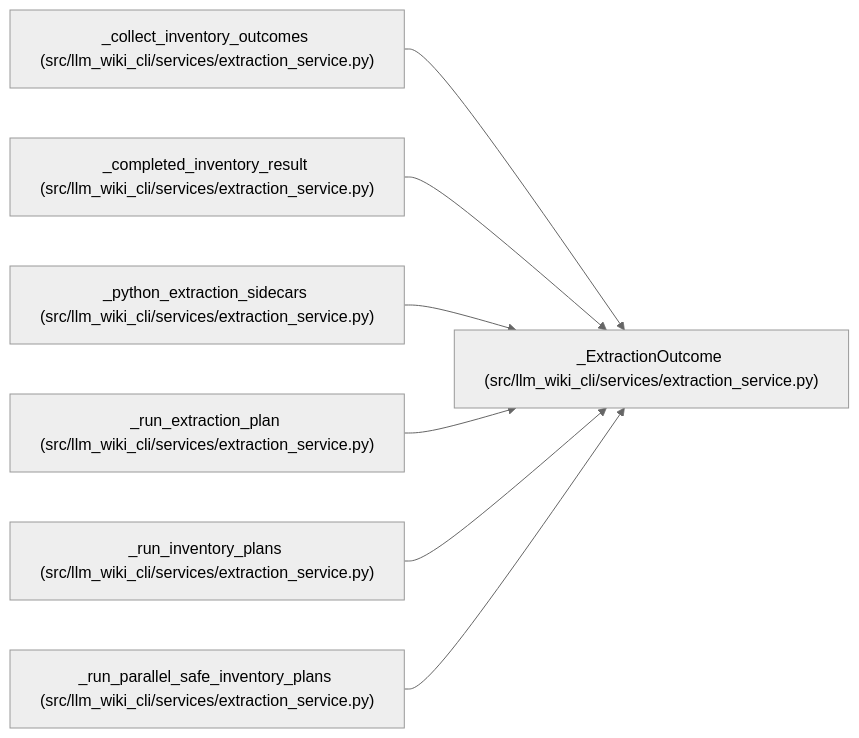
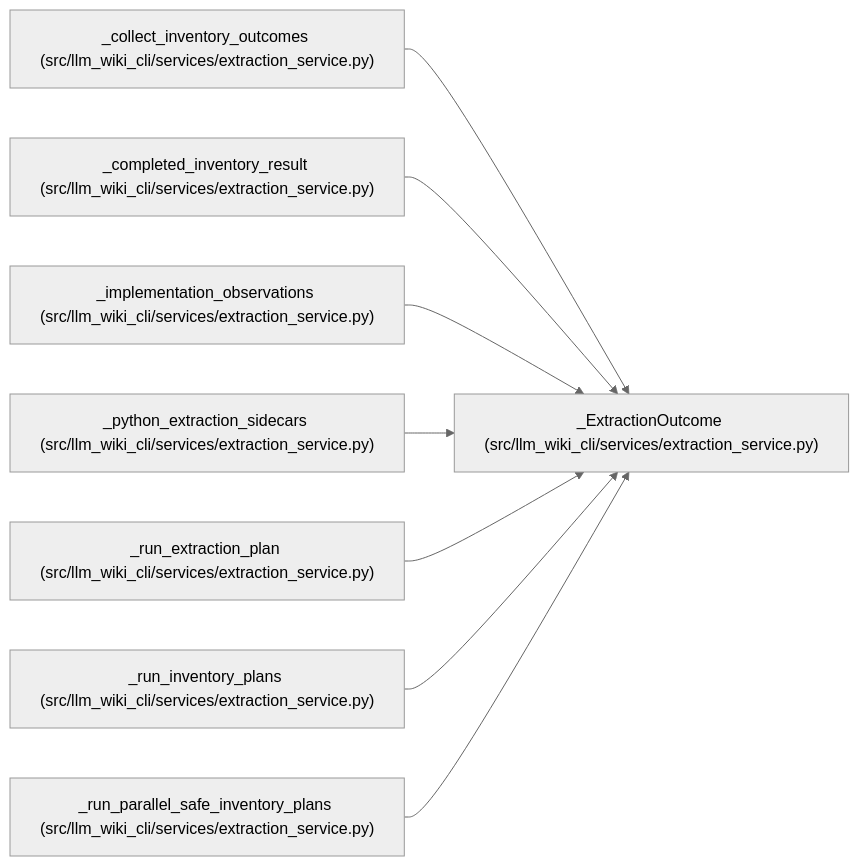
One commit to Denissvgn/python-wiki-llm changed the diagram in docs/llm_wiki/entities/ExtractionOutcome.md. Above: the diagram before and after it, drawn with Mermaid (neutral theme). The commit also changed other lines of this file and 1410 other files, not shown here.

````diff
--- a/docs/llm_wiki/entities/ExtractionOutcome.md
+++ b/docs/llm_wiki/entities/ExtractionOutcome.md
@@ -33,23 +34,26 @@
 ```mermaid
 flowchart LR
     n0["_ExtractionOutcome (src/llm_wiki_cli/services/extraction_service.py)"]
     n1["_collect_inventory_outcomes (src/llm_wiki_cli/services/extraction_service.py)"]
     n2["_completed_inventory_result (src/llm_wiki_cli/services/extraction_service.py)"]
-    n3["_python_extraction_sidecars (src/llm_wiki_cli/services/extraction_service.py)"]
-    n4["_run_extraction_plan (src/llm_wiki_cli/services/extraction_service.py)"]
-    n5["_run_inventory_plans (src/llm_wiki_cli/services/extraction_service.py)"]
-    n6["_run_parallel_safe_inventory_plans (src/llm_wiki_cli/services/extraction_service.py)"]
+    n3["_implementation_observations (src/llm_wiki_cli/services/extraction_service.py)"]
+    n4["_python_extraction_sidecars (src/llm_wiki_cli/services/extraction_service.py)"]
+    n5["_run_extraction_plan (src/llm_wiki_cli/services/extraction_service.py)"]
+    n6["_run_inventory_plans (src/llm_wiki_cli/services/extraction_service.py)"]
+    n7["_run_parallel_safe_inventory_plans (src/llm_wiki_cli/services/extraction_service.py)"]
     n1 --> n0
     n2 --> n0
     n3 --> n0
     n4 --> n0
     n5 --> n0
     n6 --> n0
+    n7 --> n0
     click n0 "../modules/extraction_service.md"
     click n1 "../modules/extraction_service.md"
     click n2 "../modules/extraction_service.md"
     click n3 "../modules/extraction_service.md"
     click n4 "../modules/extraction_service.md"
     click n5 "../modules/extraction_service.md"
     click n6 "../modules/extraction_service.md"
+    click n7 "../modules/extraction_service.md"
 ```
````
